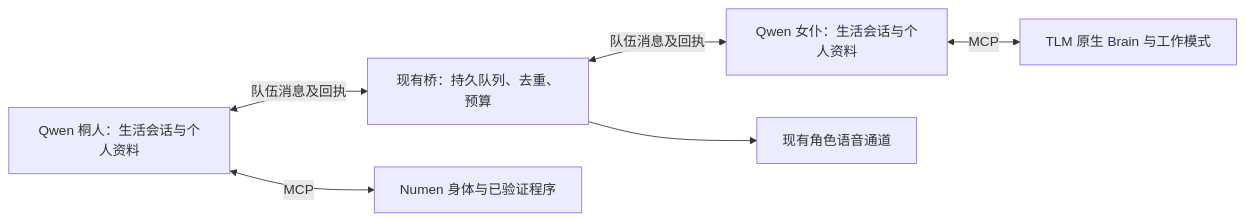
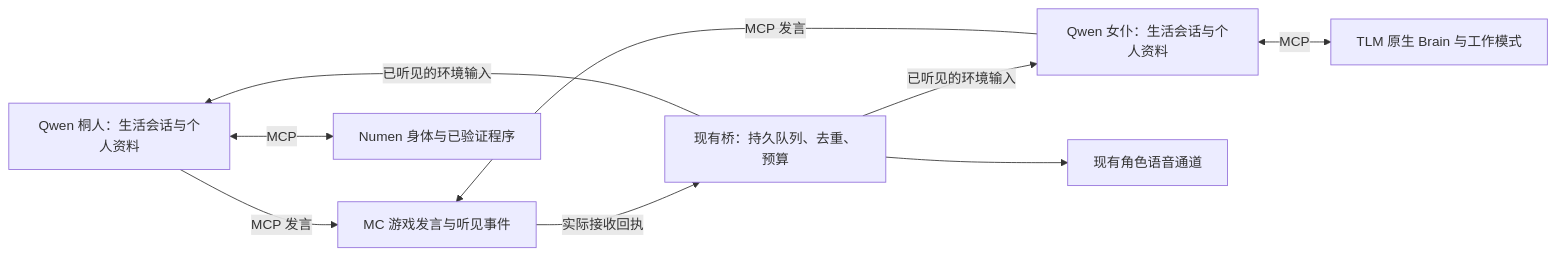
One commit to jcs130/minecraft-ai-friend changed the diagram in docs/SURVIVOR-MAID-PARTY.md. Above: the diagram before and after it, drawn with Mermaid. The commit also changed other lines of this file and 104 other files, not shown here.

````diff
--- a/docs/SURVIVOR-MAID-PARTY.md
+++ b/docs/SURVIVOR-MAID-PARTY.md
@@ -38,8 +66,11 @@
 ```mermaid
 flowchart LR
-    K[Qwen 桐人：生活会话与个人资料] <-->|队伍消息及回执| B[现有桥：持久队列、去重、预算]
-    B <-->|队伍消息及回执| M[Qwen 女仆：生活会话与个人资料]
+    K[Qwen 桐人：生活会话与个人资料] -->|MCP 发言| G[MC 游戏发言与听见事件]
+    M[Qwen 女仆：生活会话与个人资料] -->|MCP 发言| G
+    G -->|实际接收回执| B[现有桥：持久队列、去重、预算]
+    B -->|已听见的环境输入| K
+    B -->|已听见的环境输入| M
     K <-->|MCP| N[Numen 身体与已验证程序]
     M <-->|MCP| T[TLM 原生 Brain 与工作模式]
     B --> S[现有角色语音通道]
 ```
````
